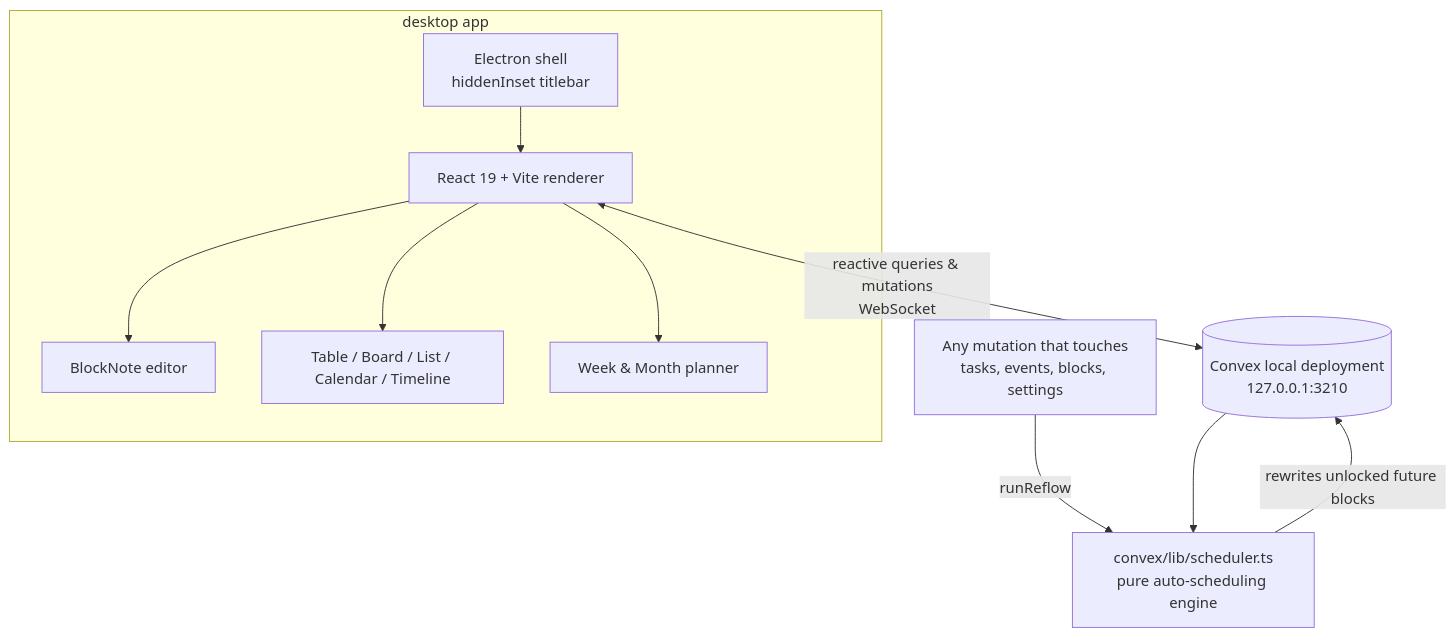
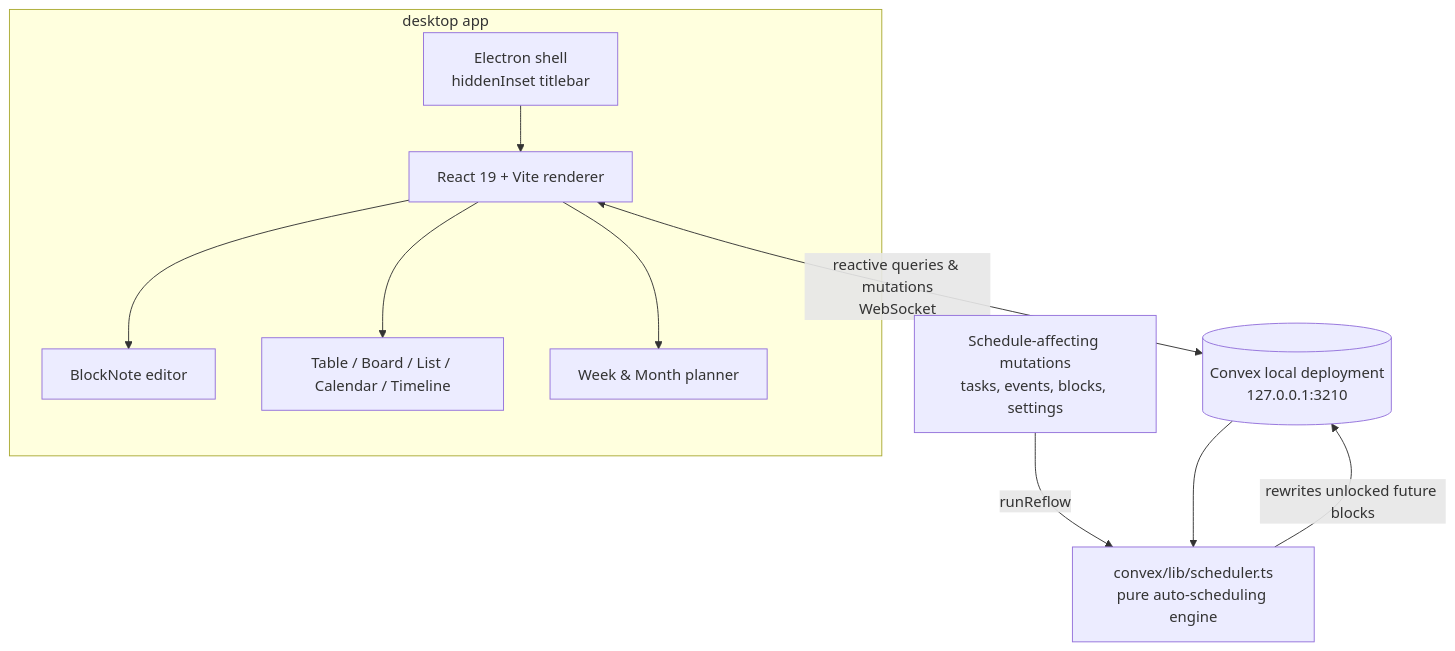
The diagram in README.md (Jmeg8r/geekspace), drawn with Mermaid before and after one commit. The commit also changed other lines of this file and 4 other files, not shown here.

````diff
--- a/README.md
+++ b/README.md
@@ -84,13 +84,13 @@
 ```mermaid
 flowchart TD
     subgraph mac [desktop app]
         E[Electron shell<br/>hiddenInset titlebar] --> R[React 19 + Vite renderer]
         R --> BN[BlockNote editor]
         R --> Views[Table / Board / List / Calendar / Timeline]
         R --> Week[Week & Month planner]
     end
     R <-->|reactive queries & mutations<br/>WebSocket| C[(Convex local deployment<br/>127.0.0.1:3210)]
     C --> S[convex/lib/scheduler.ts<br/>pure auto-scheduling engine]
-    M[Any mutation that touches<br/>tasks, events, blocks, settings] -->|runReflow| S
+    M[Schedule-affecting mutations<br/>tasks, events, blocks, settings] -->|runReflow| S
     S -->|rewrites unlocked future blocks| C
 ```
````
